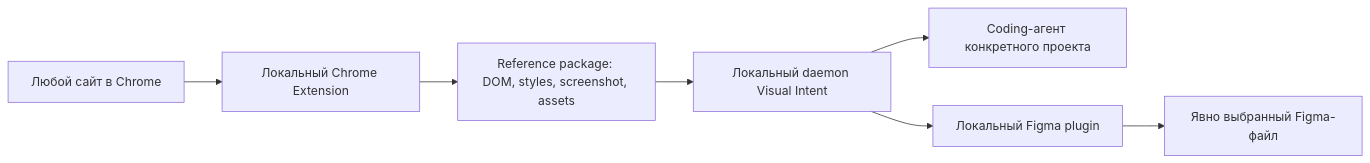
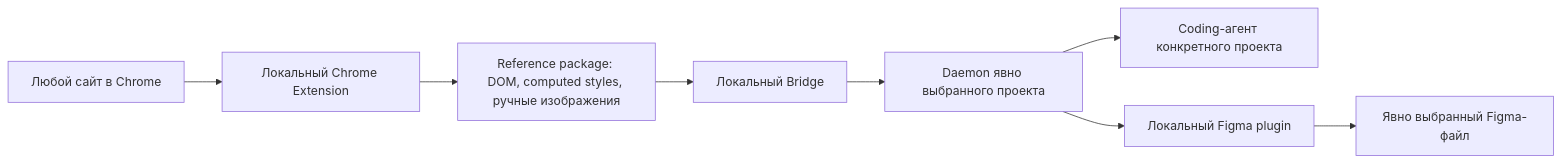
The third of 3 diagrams in docs/ARCHITECTURE.md (PRODactionPRO/visual-intent), drawn with Mermaid before and after one commit. The commit also changed other lines of this file and 22 other files, not shown here.

Commit message:
feat: add local Chrome reference extension

````diff
--- a/docs/ARCHITECTURE.md
+++ b/docs/ARCHITECTURE.md
@@ -114,9 +115,10 @@
 ```mermaid
 flowchart LR
   Site["Любой сайт в Chrome"] --> Extension["Локальный Chrome Extension"]
-  Extension --> Capture["Reference package: DOM, styles, screenshot, assets"]
-  Capture --> Daemon["Локальный daemon Visual Intent"]
+  Extension --> Capture["Reference package: DOM, computed styles, ручные изображения"]
+  Capture --> Bridge["Локальный Bridge"]
+  Bridge --> Daemon["Daemon явно выбранного проекта"]
   Daemon --> Agent["Coding-агент конкретного проекта"]
   Daemon --> Figma["Локальный Figma plugin"]
   Figma --> File["Явно выбранный Figma-файл"]
 ```
````
